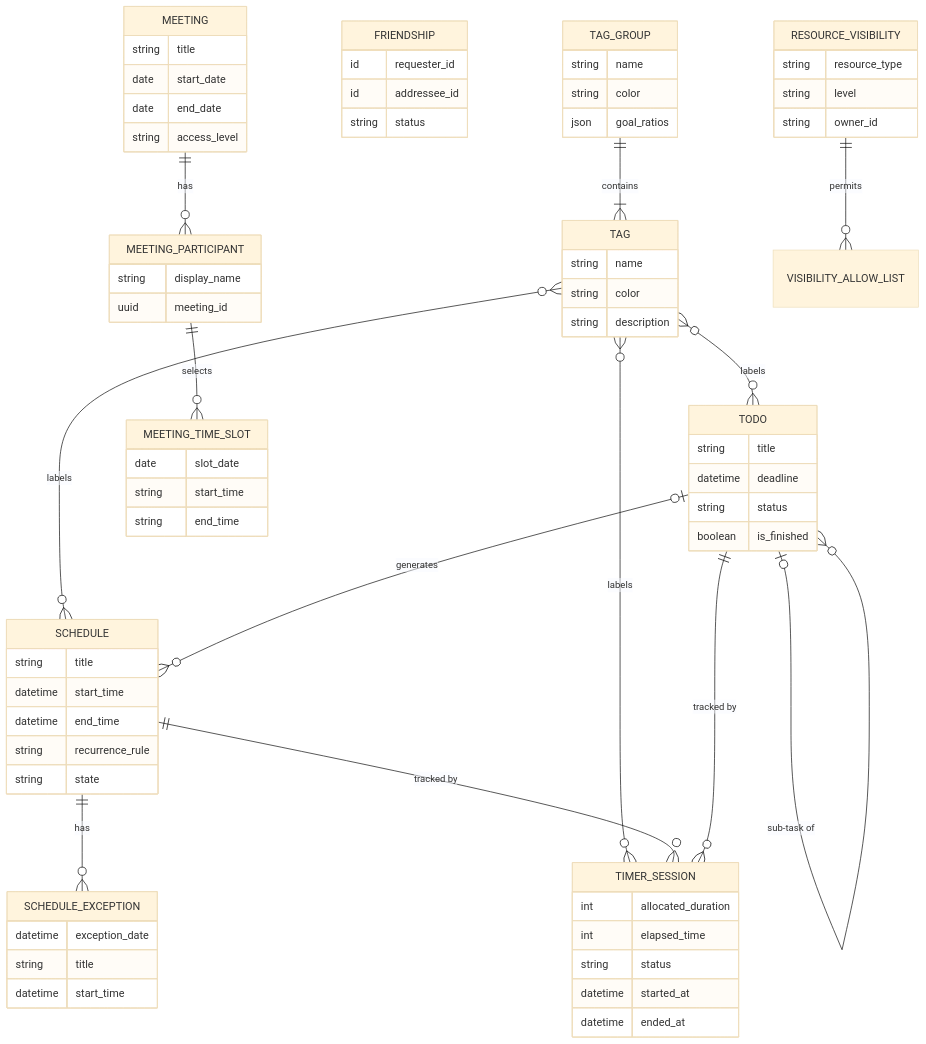
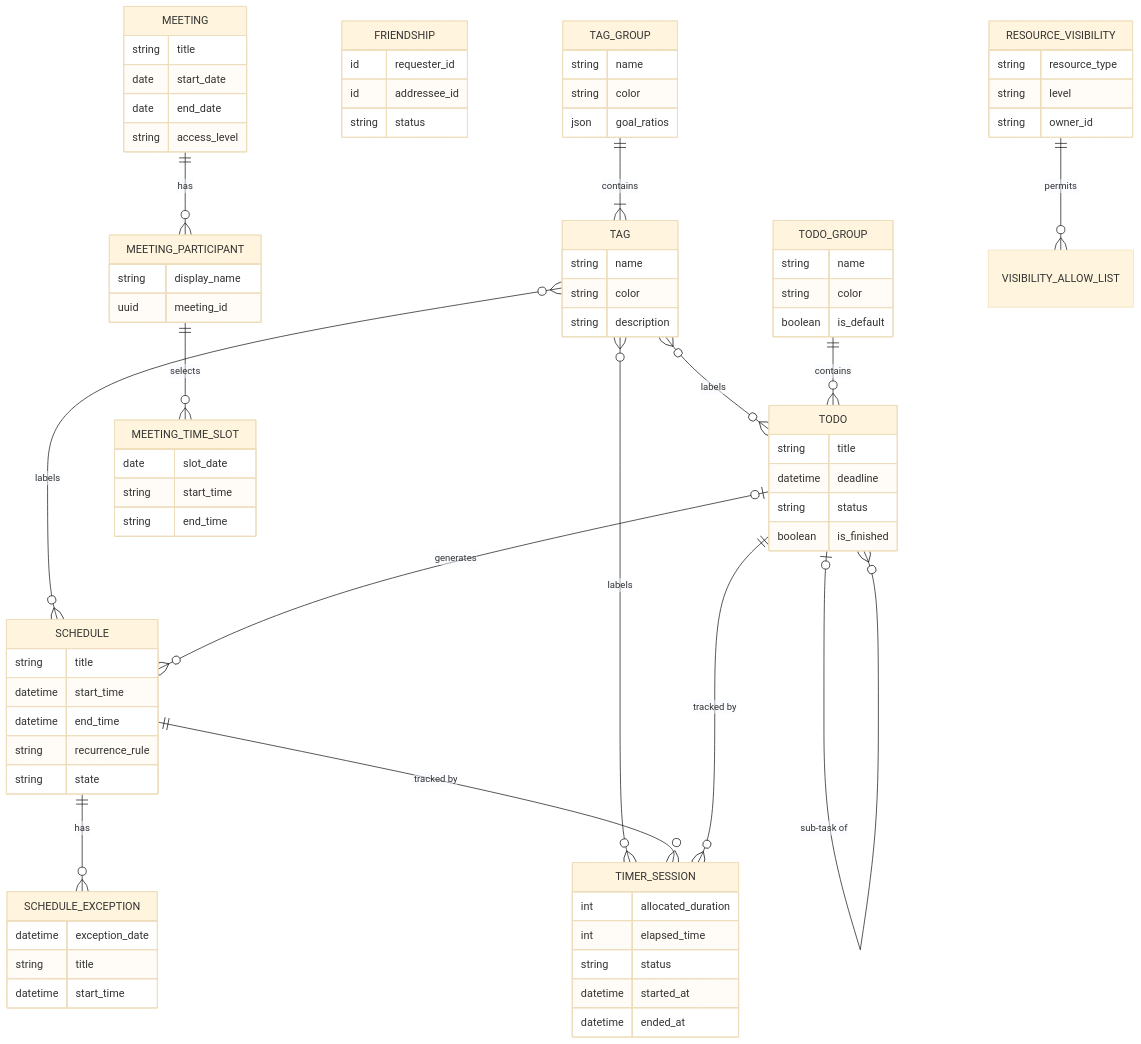
Before and after one commit to onprem-hipster-timer/backend: the diagram in README.ko.md, drawn with Mermaid (base theme). The commit also changed other lines of this file and 10 other files, not shown here.

```diff
--- a/README.ko.md
+++ b/README.ko.md
@@ -309,6 +310,12 @@
         datetime deadline
         string status
         boolean is_finished
+    }
+
+    TODO_GROUP {
+        string name
+        string color
+        boolean is_default
     }
 
     SCHEDULE_EXCEPTION {
@@ -391,6 +398,7 @@
 
     %% Core Relations
     SCHEDULE ||--o{ SCHEDULE_EXCEPTION : "has"
+    TODO_GROUP ||--o{ TODO : "contains"
     TODO |o--o{ SCHEDULE : "generates"
     TODO |o--o{ TODO : "sub-task of"
 
```
